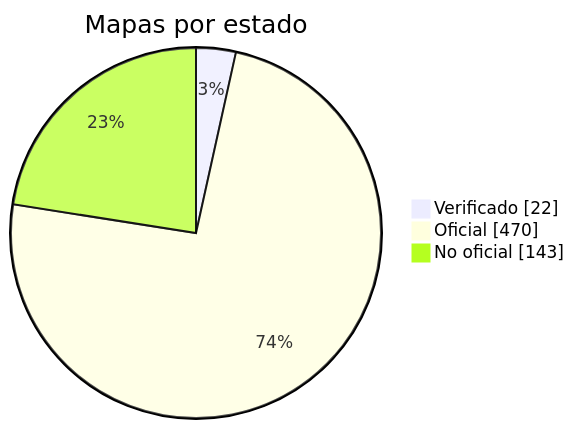
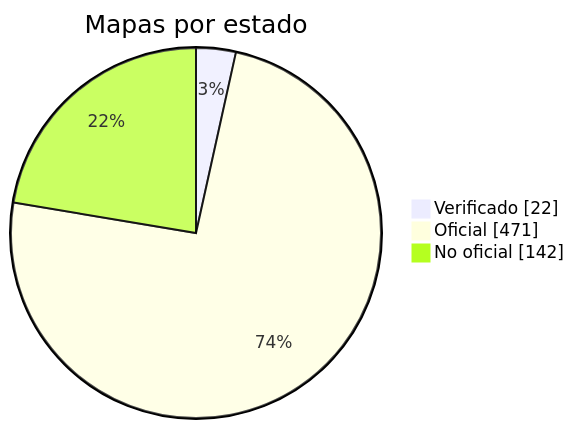
One commit to nobrega8/mbmap-library changed the diagram in docs/readme/README_ES.md. Above: the diagram before and after it, drawn with Mermaid. The commit also changed 6 other files, not shown here.

````diff
--- a/docs/readme/README_ES.md
+++ b/docs/readme/README_ES.md
@@ -54,7 +54,7 @@
 ```mermaid
 pie showData
     title Mapas por estado
     "Verificado" : 22
-    "Oficial" : 470
-    "No oficial" : 143
+    "Oficial" : 471
+    "No oficial" : 142
 ```
````
